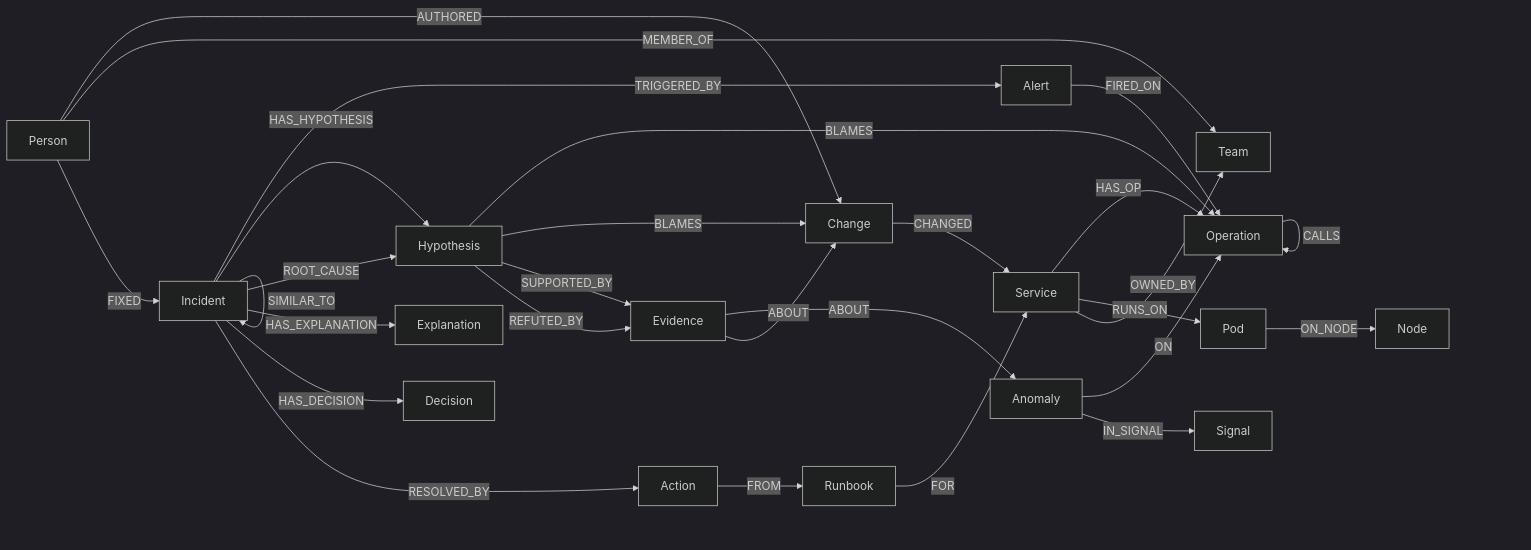
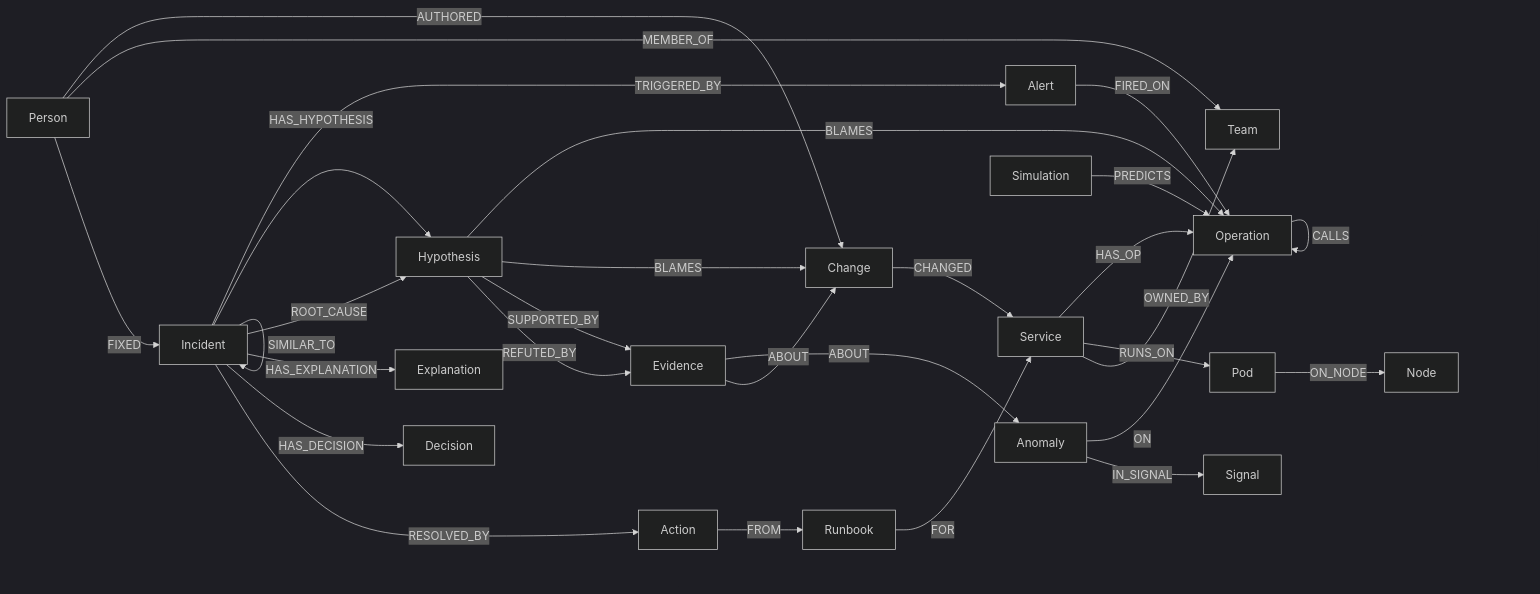
Before and after one commit to Prateek1771/epicenter: the diagram in docs/GRAPH_SCHEMA.md, drawn with Mermaid (dark theme). The commit also changed other lines of this file and 8 other files, not shown here.

````diff
--- a/docs/GRAPH_SCHEMA.md
+++ b/docs/GRAPH_SCHEMA.md
@@ -22,28 +24,29 @@
 ```mermaid
 flowchart LR
     S[Service] -->|HAS_OP| O[Operation]
     O -->|CALLS| O
     S -->|RUNS_ON| P[Pod] -->|ON_NODE| N[Node]
     CH[Change] -->|CHANGED| S
     PE[Person] -->|AUTHORED| CH
     A[Anomaly] -->|ON| O
     A -->|IN_SIGNAL| SG[Signal]
     I[Incident] -->|TRIGGERED_BY| AL[Alert] -->|FIRED_ON| O
     I -->|HAS_HYPOTHESIS| H[Hypothesis]
     H -->|BLAMES| O
     H -->|BLAMES| CH
     H -->|SUPPORTED_BY| E[Evidence]
     H -->|REFUTED_BY| E
     E -->|ABOUT| A
     E -->|ABOUT| CH
     I -->|ROOT_CAUSE| H
     I -->|HAS_EXPLANATION| X[Explanation]
     I -->|HAS_DECISION| D[Decision]
     I -->|SIMILAR_TO| I
     I -->|RESOLVED_BY| AC[Action]
     AC -->|FROM| RB[Runbook]
     RB -->|FOR| S
     S -->|OWNED_BY| T[Team]
     PE -->|MEMBER_OF| T
     PE -->|FIXED| I
+    SIM[Simulation] -->|PREDICTS| O
 ```
````
